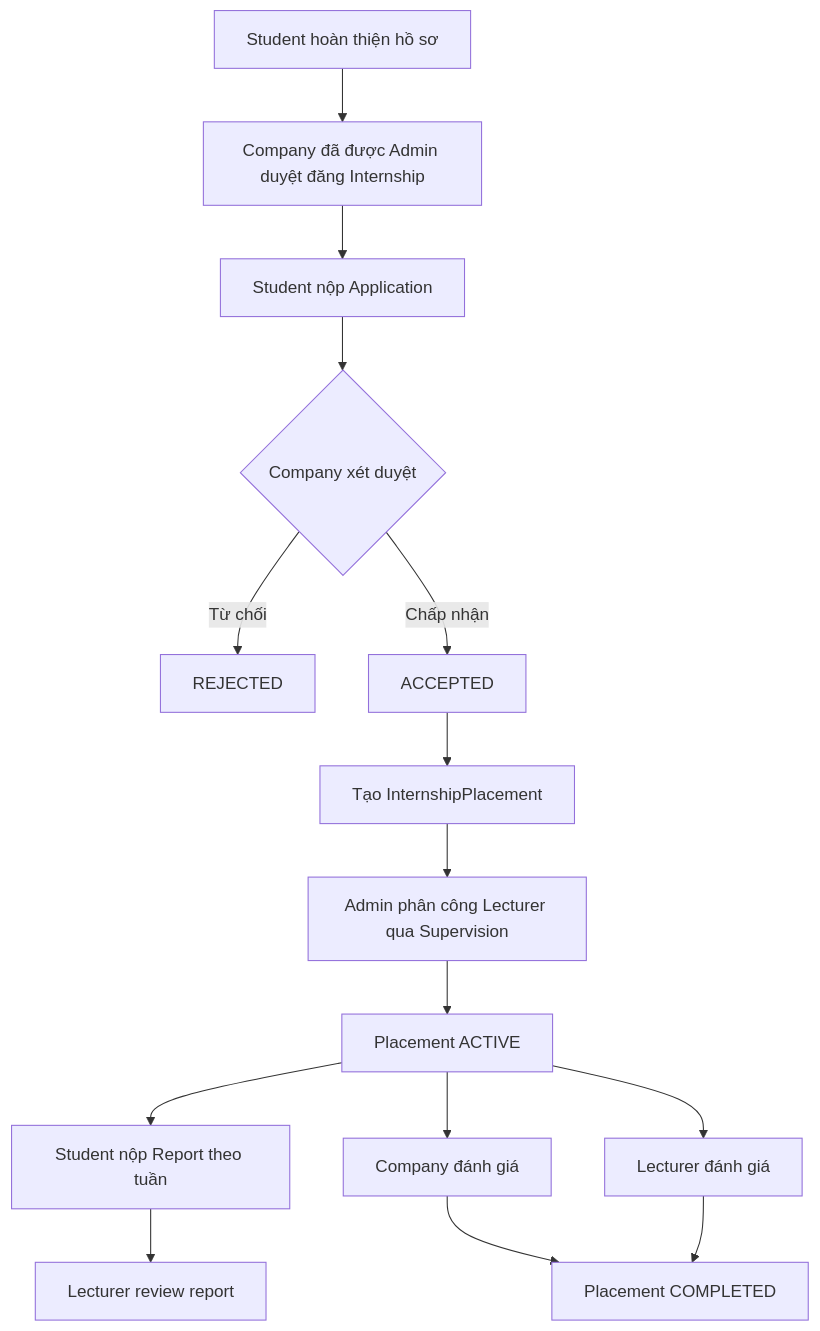
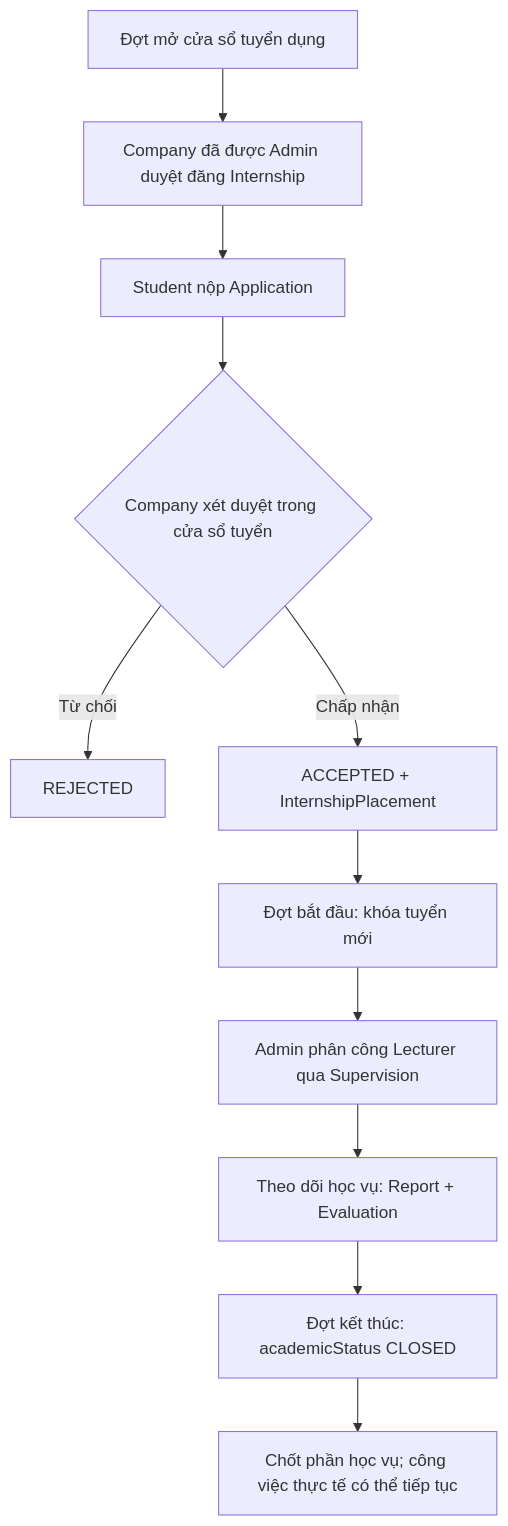
One commit to phamson1928/CareerBridge changed the diagram in docs/plans/requirementProject.md. Above: the diagram before and after it, drawn with Mermaid. The commit also changed other lines of this file and 21 other files, not shown here.

````diff
--- a/docs/plans/requirementProject.md
+++ b/docs/plans/requirementProject.md
@@ -36,17 +36,13 @@
 ```mermaid
 flowchart TD
-  A[Student hoàn thiện hồ sơ] --> B[Company đã được Admin duyệt đăng Internship]
+  A[Đợt mở cửa sổ tuyển dụng] --> B[Company đã được Admin duyệt đăng Internship]
   B --> C[Student nộp Application]
-  C --> D{Company xét duyệt}
+  C --> D{Company xét duyệt trong cửa sổ tuyển}
   D -->|Từ chối| E[REJECTED]
-  D -->|Chấp nhận| F[ACCEPTED]
-  F --> G[Tạo InternshipPlacement]
+  D -->|Chấp nhận| F[ACCEPTED + InternshipPlacement]
+  F --> G[Đợt bắt đầu: khóa tuyển mới]
   G --> H[Admin phân công Lecturer qua Supervision]
-  H --> I[Placement ACTIVE]
-  I --> J[Student nộp Report theo tuần]
-  J --> K[Lecturer review report]
-  I --> L[Company đánh giá]
-  I --> M[Lecturer đánh giá]
-  L --> N[Placement COMPLETED]
-  M --> N
+  H --> I[Theo dõi học vụ: Report + Evaluation]
+  I --> J[Đợt kết thúc: academicStatus CLOSED]
+  J --> K[Chốt phần học vụ; công việc thực tế có thể tiếp tục]
 ```
````
